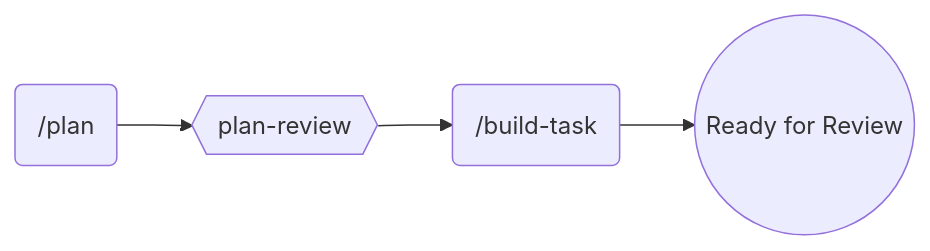
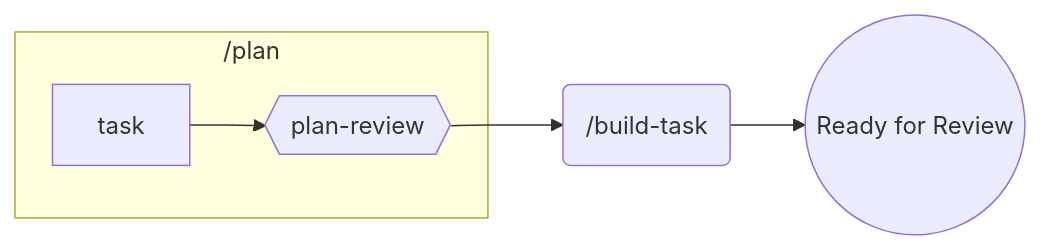
Before and after one commit to majesticlabs-dev/majestic-marketplace: the second of 3 diagrams in plugins/majestic-engineer/README.md, drawn with Mermaid. The commit also changed other lines of this file and 1 other file, not shown here.

First line of the commit message:
docs(workflows): show /plan includes plan-review agent

````diff
--- a/plugins/majestic-engineer/README.md
+++ b/plugins/majestic-engineer/README.md
@@ -42,6 +42,9 @@
 ```mermaid
 graph LR
-    PL(/plan) --> PR{{plan-review}}
+    subgraph "/plan"
+        PL[task] --> PR{{plan-review}}
+    end
+
     PR --> BT(/build-task)
     BT --> Done((Ready for Review))
 ```
````
